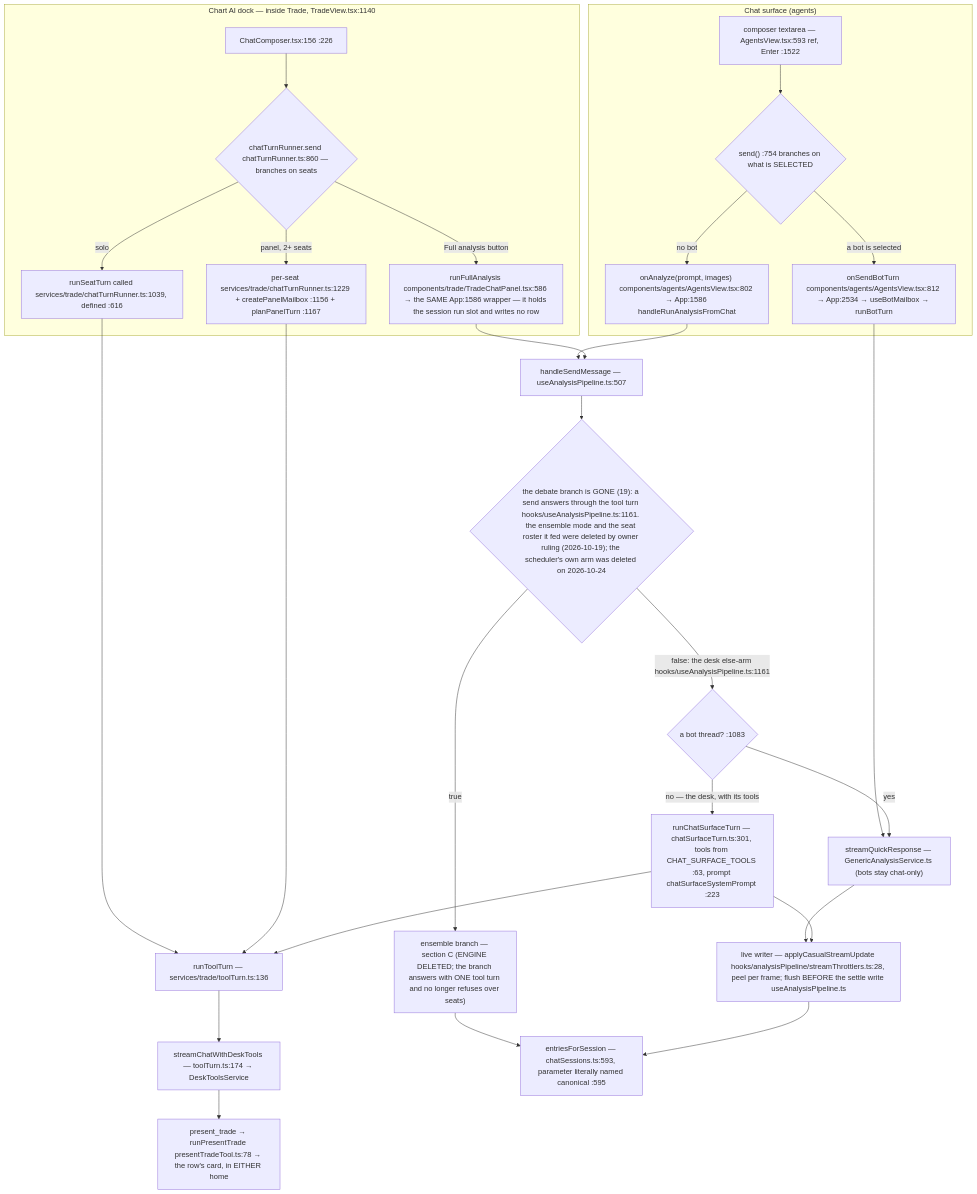
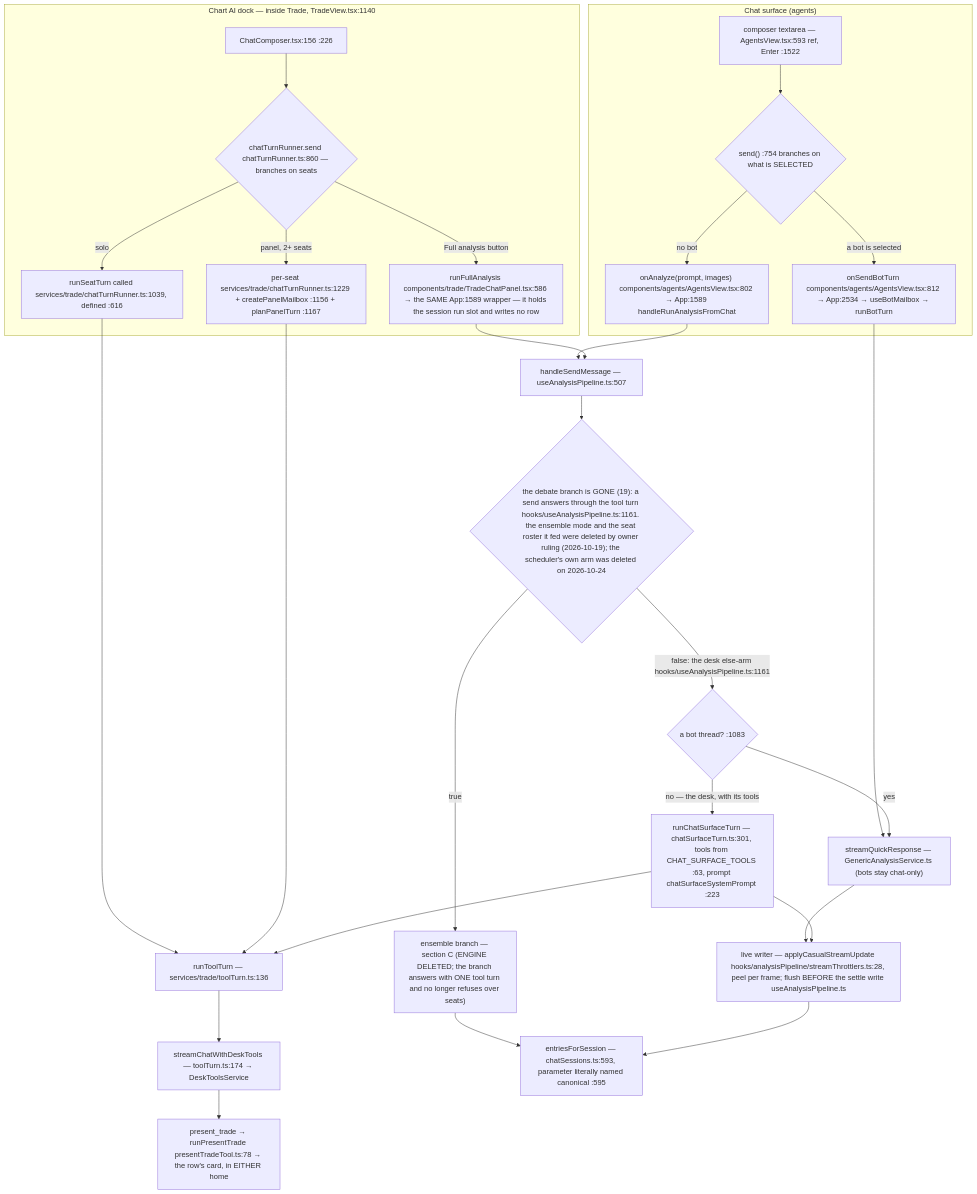
One commit to Acepay25/august-3.5 changed the second of 8 diagrams in docs/app-flow.md. Above: the diagram before and after it, drawn with Mermaid. The commit also changed other lines of this file and 2 other files, not shown here.

First line of the commit message:
docs: session 4 status, and the anchors the removals shifted

````diff
--- a/docs/app-flow.md
+++ b/docs/app-flow.md
@@ -78,31 +78,31 @@
 ```mermaid
 flowchart TD
     subgraph CHAT["Chat surface (agents)"]
         CB["composer textarea — AgentsView.tsx:593 ref, Enter :1522"] --> D1{"send() :754 branches on what is SELECTED"}
         D1 -->|a bot is selected| BOT["onSendBotTurn components/agents/AgentsView.tsx:812 → App:2534 → useBotMailbox → runBotTurn"]
-        D1 -->|no bot| AN["onAnalyze(prompt, images) components/agents/AgentsView.tsx:802 → App:1586 handleRunAnalysisFromChat"]
+        D1 -->|no bot| AN["onAnalyze(prompt, images) components/agents/AgentsView.tsx:802 → App:1589 handleRunAnalysisFromChat"]
     end
     subgraph DOCK["Chart AI dock — inside Trade, TradeView.tsx:1140"]
         DC["ChatComposer.tsx:156 :226"] --> D2{"chatTurnRunner.send chatTurnRunner.ts:860 — branches on seats"}
         D2 -->|solo| SO["runSeatTurn called services/trade/chatTurnRunner.ts:1039, defined :616"]
         D2 -->|panel, 2+ seats| PN["per-seat services/trade/chatTurnRunner.ts:1229 + createPanelMailbox :1156 + planPanelTurn :1167"]
-        D2 -->|Full analysis button| FA["runFullAnalysis components/trade/TradeChatPanel.tsx:586 → the SAME App:1586 wrapper — it holds the session run slot and writes no row"]
+        D2 -->|Full analysis button| FA["runFullAnalysis components/trade/TradeChatPanel.tsx:586 → the SAME App:1589 wrapper — it holds the session run slot and writes no row"]
     end
     SO --> TT["runToolTurn — services/trade/toolTurn.ts:136"]
     PN --> TT
     TT --> SCDT["streamChatWithDeskTools — toolTurn.ts:174 → DeskToolsService"]
     BOT --> TR["streamQuickResponse — GenericAnalysisService.ts (bots stay chat-only)"]
     AN --> HSM["handleSendMessage — useAnalysisPipeline.ts:507"]
     FA --> HSM
     HSM --> D3{"the debate branch is GONE (19): a send answers through the tool turn hooks/useAnalysisPipeline.ts:1161. the ensemble mode and the seat roster it fed were deleted by owner ruling (2026-10-19); the scheduler's own arm was deleted on 2026-10-24"}
     D3 -->|true| ENS["ensemble branch — section C (ENGINE DELETED; the branch answers with ONE tool turn and no longer refuses over seats)"]
     D3 -->|false: the desk else-arm hooks/useAnalysisPipeline.ts:1161| SPLIT{"a bot thread? :1083"}
     SPLIT -->|yes| TR
     SPLIT -->|no — the desk, with its tools| CST["runChatSurfaceTurn — chatSurfaceTurn.ts:301, tools from CHAT_SURFACE_TOOLS :63, prompt chatSurfaceSystemPrompt :223"]
     CST --> TT
     TR --> LW["live writer — applyCasualStreamUpdate hooks/analysisPipeline/streamThrottlers.ts:28, peel per frame; flush BEFORE the settle write useAnalysisPipeline.ts"]
     CST --> LW
     ENS --> MERGE
     LW --> MERGE["entriesForSession — chatSessions.ts:593, parameter literally named canonical :595"]
     SCDT --> PT["present_trade → runPresentTrade presentTradeTool.ts:78 → the row's card, in EITHER home"]
 ```
````
